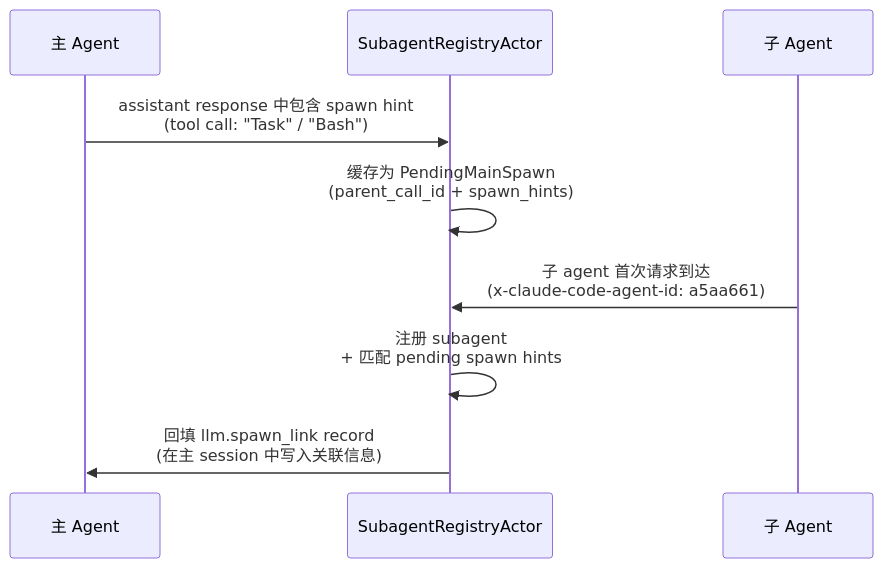
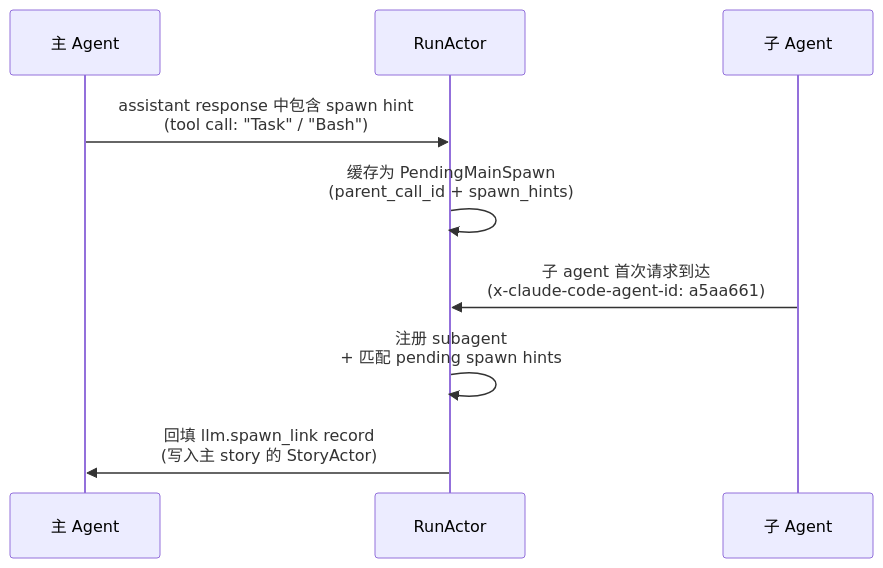
One commit to DeepLink-org/Persisting changed the sixth of 6 diagrams in docs/src/design/capture_design.zh.md. Above: the diagram before and after it, drawn with Mermaid. The commit also changed other lines of this file and 43 other files, not shown here.

````diff
--- a/docs/src/design/capture_design.zh.md
+++ b/docs/src/design/capture_design.zh.md
@@ -698,14 +844,14 @@
 ```mermaid
 sequenceDiagram
     participant Main as 主 Agent
-    participant Registry as SubagentRegistryActor
+    participant Run as RunActor
     participant Sub as 子 Agent
 
-    Main->>Registry: assistant response 中包含 spawn hint<br/>(tool call: "Task" / "Bash")
-    Registry->>Registry: 缓存为 PendingMainSpawn<br/>(parent_call_id + spawn_hints)
+    Main->>Run: assistant response 中包含 spawn hint<br/>(tool call: "Task" / "Bash")
+    Run->>Run: 缓存为 PendingMainSpawn<br/>(parent_call_id + spawn_hints)
     
-    Sub->>Registry: 子 agent 首次请求到达<br/>(x-claude-code-agent-id: a5aa661)
-    Registry->>Registry: 注册 subagent<br/>+ 匹配 pending spawn hints
+    Sub->>Run: 子 agent 首次请求到达<br/>(x-claude-code-agent-id: a5aa661)
+    Run->>Run: 注册 subagent<br/>+ 匹配 pending spawn hints
     
-    Registry->>Main: 回填 llm.spawn_link record<br/>(在主 session 中写入关联信息)
+    Run->>Main: 回填 llm.spawn_link record<br/>(写入主 story 的 StoryActor)
 ```
````
